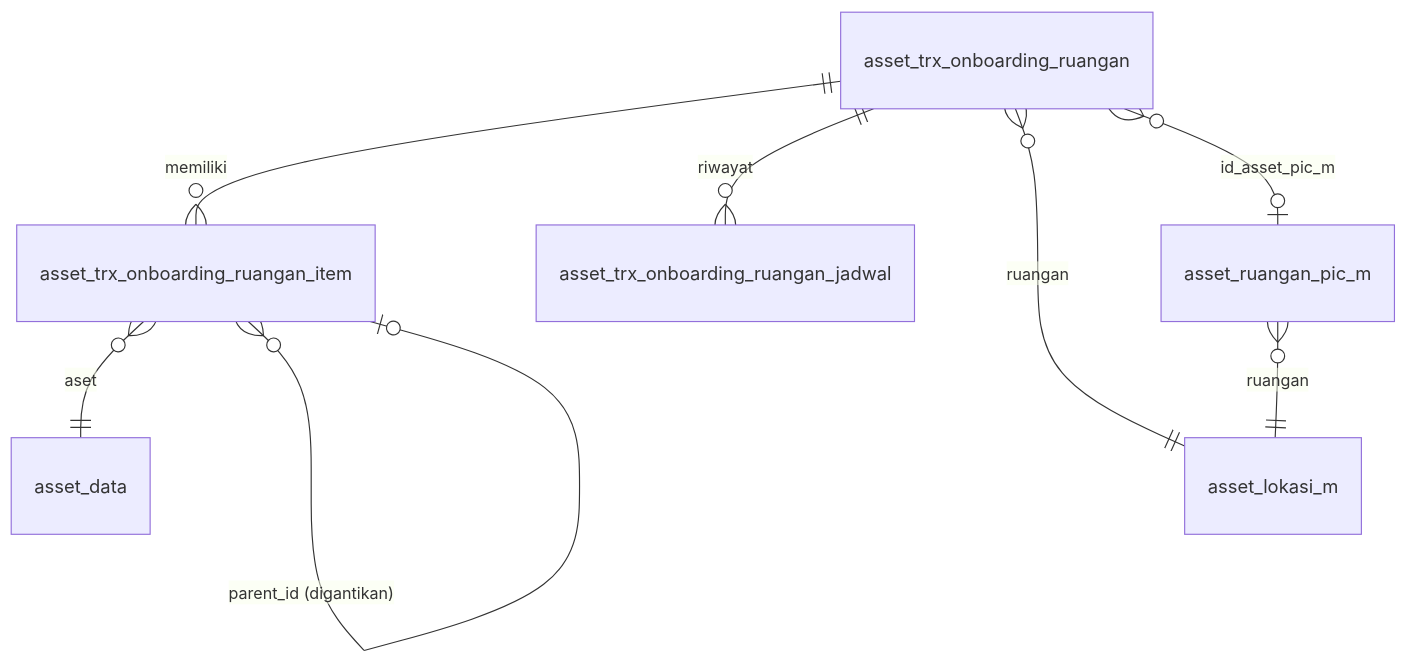
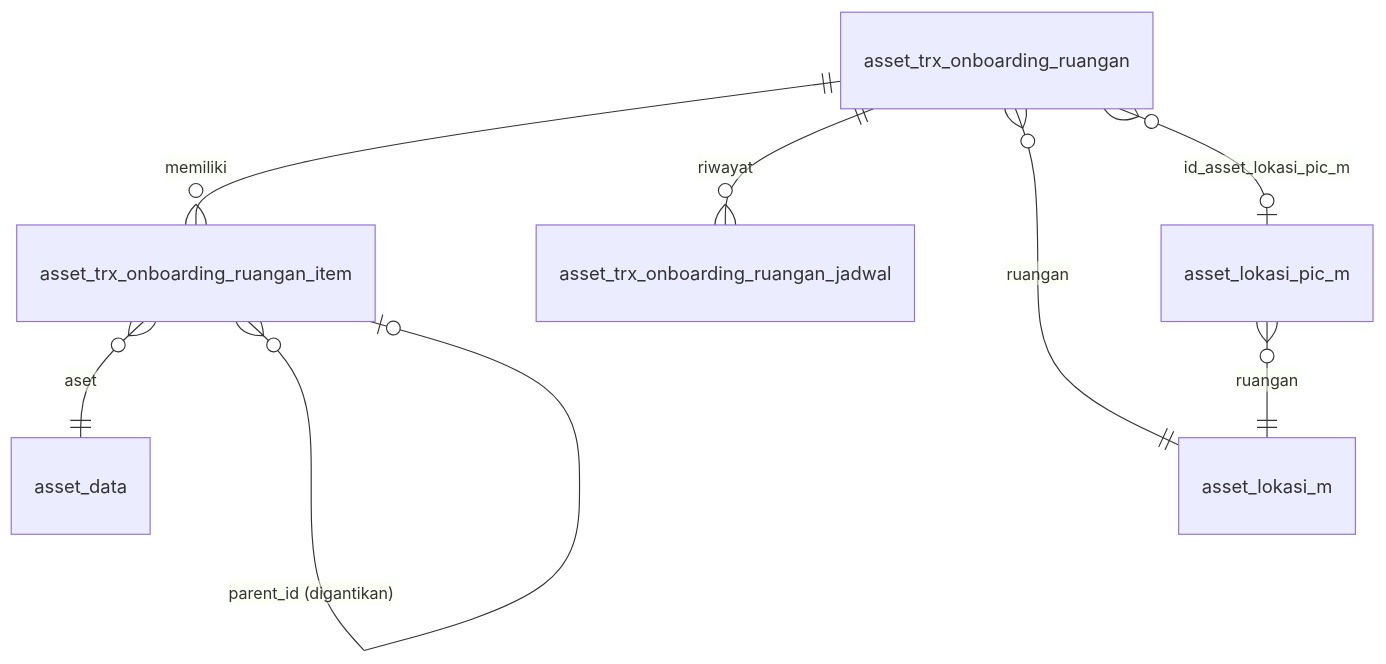
Before and after one commit to setiyawan12/DOKUMENTASI-ASSET: the third of 3 diagrams in dokumentasi-asset-onboarding-ruangan.md, drawn with Mermaid. The commit also changed other lines of this file and 34 other files, not shown here.

````diff
--- a/dokumentasi-asset-onboarding-ruangan.md
+++ b/dokumentasi-asset-onboarding-ruangan.md
@@ -224,10 +224,10 @@
 ```mermaid
 erDiagram
   asset_trx_onboarding_ruangan ||--o{ asset_trx_onboarding_ruangan_item : memiliki
   asset_trx_onboarding_ruangan ||--o{ asset_trx_onboarding_ruangan_jadwal : riwayat
   asset_trx_onboarding_ruangan_item }o--|| asset_data : aset
   asset_trx_onboarding_ruangan_item }o--o| asset_trx_onboarding_ruangan_item : "parent_id (digantikan)"
   asset_trx_onboarding_ruangan }o--|| asset_lokasi_m : ruangan
-  asset_trx_onboarding_ruangan }o--o| asset_ruangan_pic_m : "id_asset_pic_m"
-  asset_ruangan_pic_m }o--|| asset_lokasi_m : ruangan
+  asset_trx_onboarding_ruangan }o--o| asset_lokasi_pic_m : "id_asset_lokasi_pic_m"
+  asset_lokasi_pic_m }o--|| asset_lokasi_m : ruangan
 ```
````
